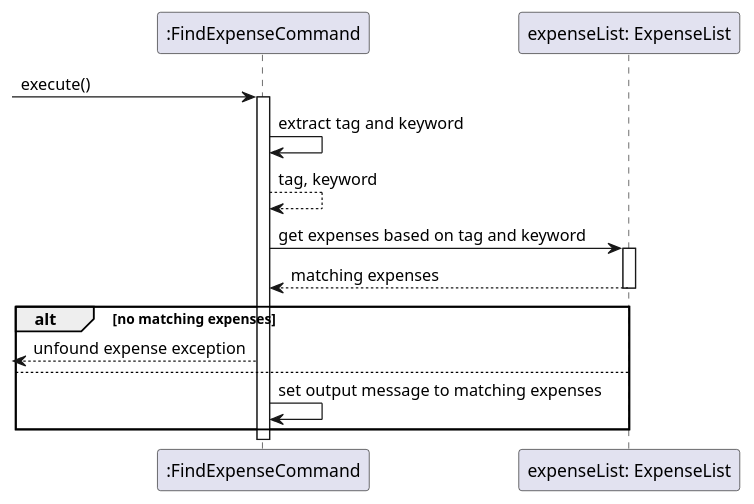
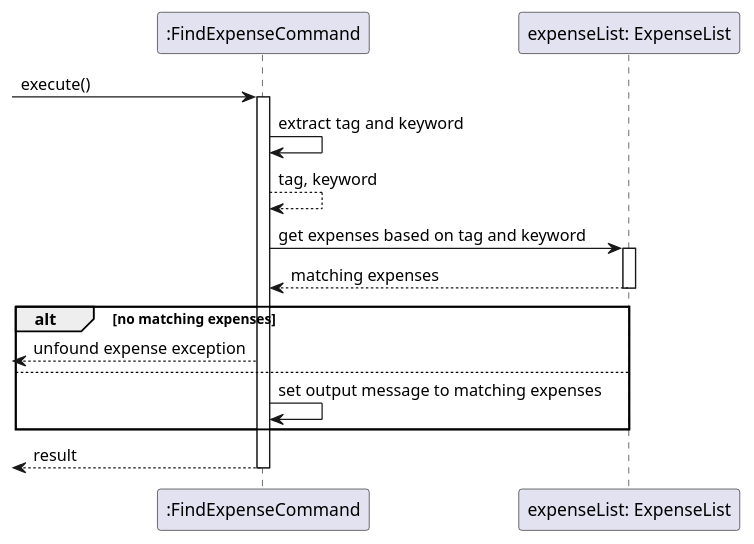
One commit to thienkimtranhoang/tp changed the diagram in docs/diagrams/FindExpenseCommand.puml. Above: the diagram before and after it, drawn with PlantUML. The commit also changed 27 other files, not shown here.

```diff
--- a/docs/diagrams/FindExpenseCommand.puml
+++ b/docs/diagrams/FindExpenseCommand.puml
@@ -1,17 +1,17 @@
 @startuml
 'https://plantuml.com/sequence-diagram
 
 participant ":FindExpenseCommand" as command
 participant "expenseList: ExpenseList" as expenseList
 -> command ++: execute()
 command -> command: extract tag and keyword
 command --> command: tag, keyword
 command -> expenseList ++: get expenses based on tag and keyword
 command <-- expenseList --: matching expenses
 alt no matching expenses
     <-- command: unfound expense exception
 else
     command -> command: set output message to matching expenses
 end
-
+return result
 @enduml
```
